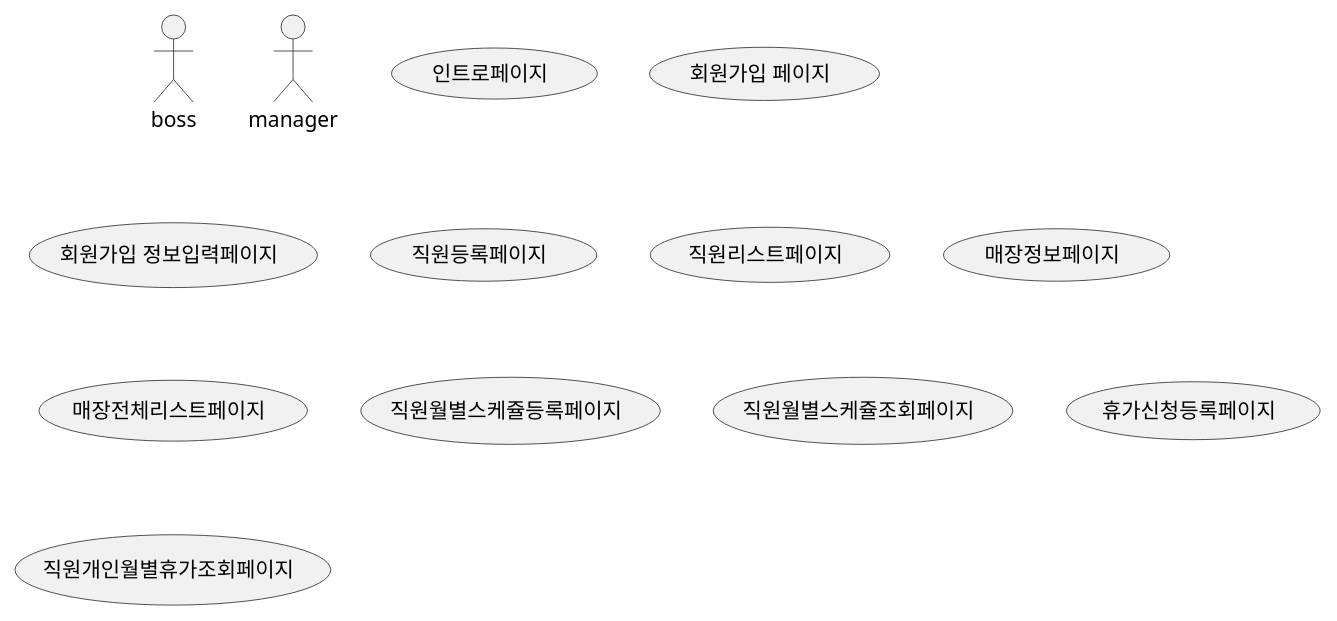
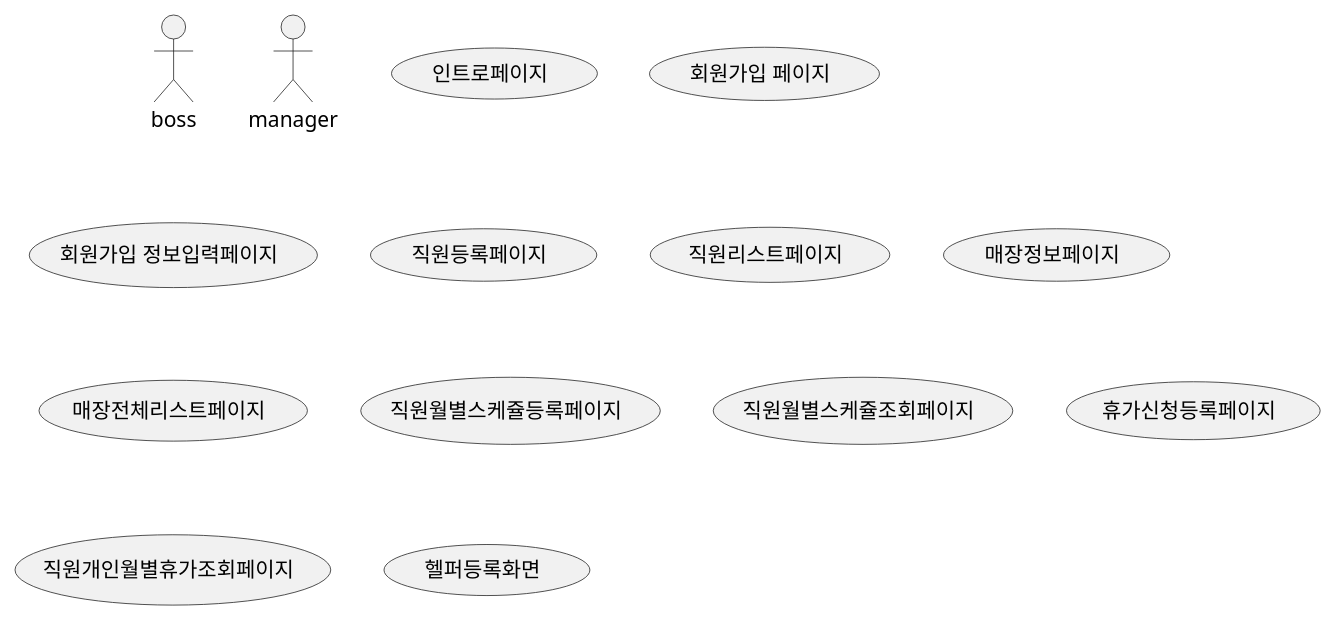
Before and after one commit to sejuntgbest/roaster: the first of 4 diagrams in uml/createUser.md, drawn with PlantUML. The commit also changed 1 other file, not shown here.

Commit message:
개념정리

````diff
--- a/uml/createUser.md
+++ b/uml/createUser.md
@@ -4,31 +3,33 @@
 ```plantuml
 @startuml
 
 actor boss
 
 actor manager
 
 (인트로페이지)
 
 (회원가입 페이지)
 
 (회원가입 정보입력페이지)
 
 (직원등록페이지)  
 
 (직원리스트페이지)
 
 (매장정보페이지)
 
 (매장전체리스트페이지)
 
 (직원월별스케쥴등록페이지)
 
 (직원월별스케쥴조회페이지)
 
 (휴가신청등록페이지)
 
 (직원개인월별휴가조회페이지)
 
+(헬퍼등록화면)
+
 @enduml
 ```
````
